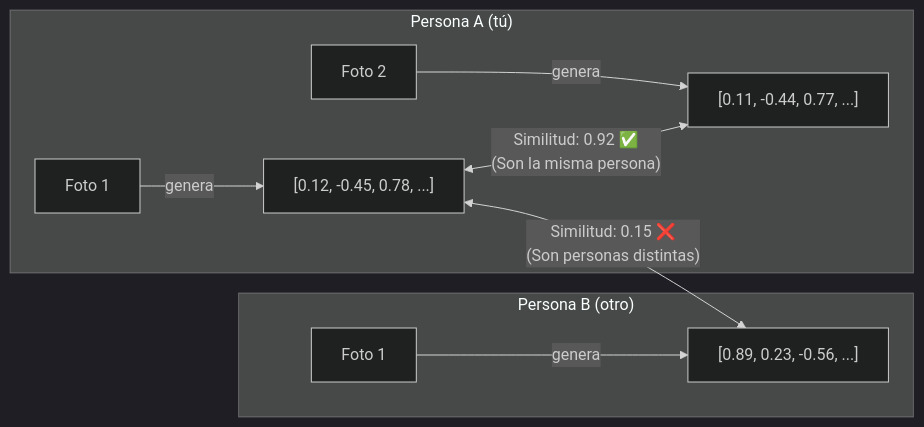
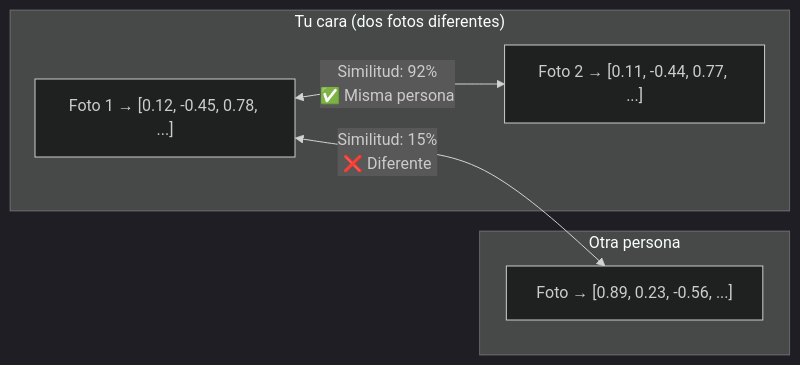
Before and after one commit to Harol-Medina/Reconocimiento_facial: the second of 4 diagrams in README.md, drawn with Mermaid (dark theme). The commit also changed other lines of this file, not shown here.

````diff
--- a/README.md
+++ b/README.md
@@ -122,14 +188,14 @@
 ```mermaid
 flowchart LR
-    subgraph "Persona A (tú)"
-        A1[Foto 1] -->|genera| AV1["[0.12, -0.45, 0.78, ...]"]
-        A2[Foto 2] -->|genera| AV2["[0.11, -0.44, 0.77, ...]"]
+    subgraph "Tu cara (dos fotos diferentes)"
+        A1["Foto 1 → [0.12, -0.45, 0.78, ...]"]
+        A2["Foto 2 → [0.11, -0.44, 0.77, ...]"]
     end
     
-    subgraph "Persona B (otro)"
-        B1[Foto 1] -->|genera| BV1["[0.89, 0.23, -0.56, ...]"]
+    subgraph "Otra persona"
+        B1["Foto → [0.89, 0.23, -0.56, ...]"]
     end
 
-    AV1 <-->|"Similitud: 0.92 ✅\n(Son la misma persona)"| AV2
-    AV1 <-->|"Similitud: 0.15 ❌\n(Son personas distintas)"| BV1
+    A1 <-->|"Similitud: 92%\n✅ Misma persona"| A2
+    A1 <-->|"Similitud: 15%\n❌ Diferente"| B1
 ```
````
